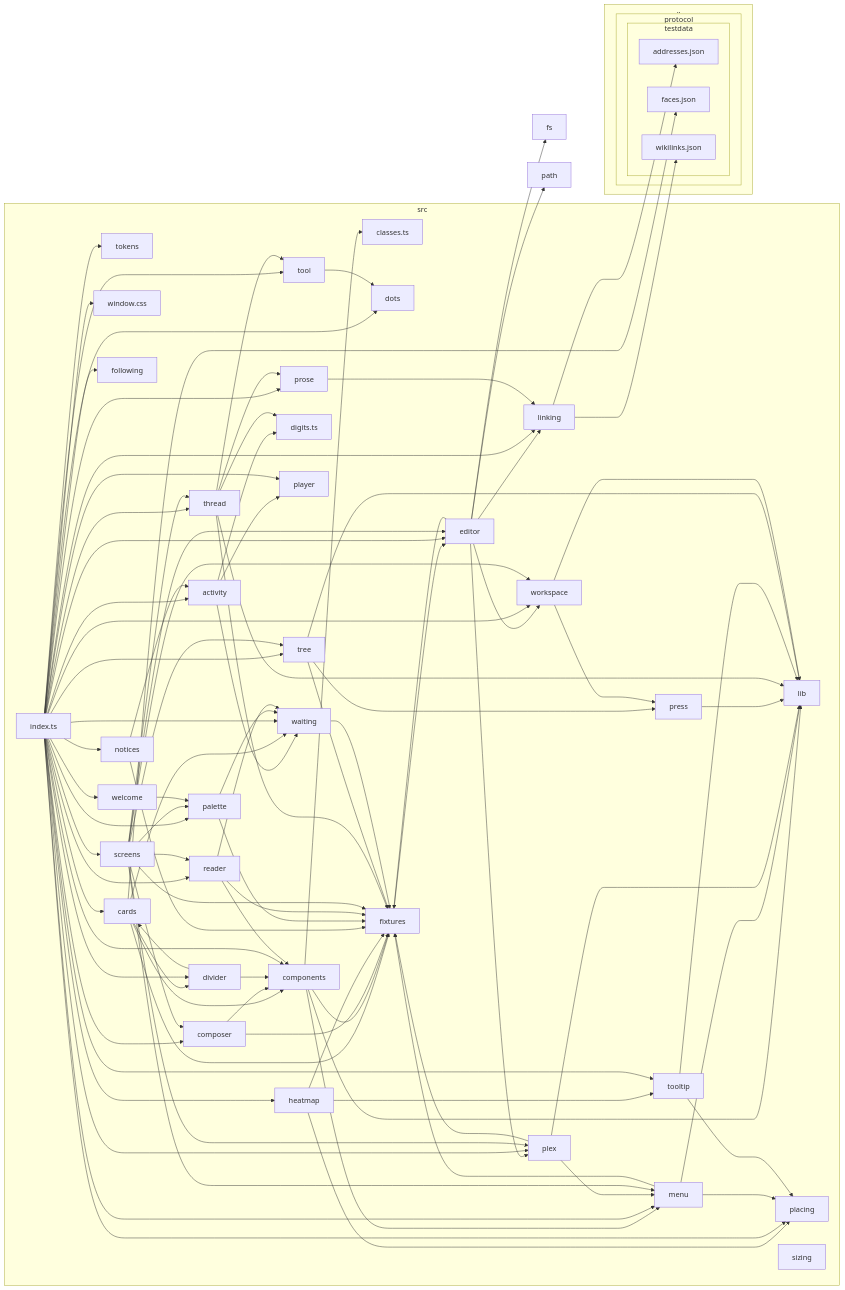
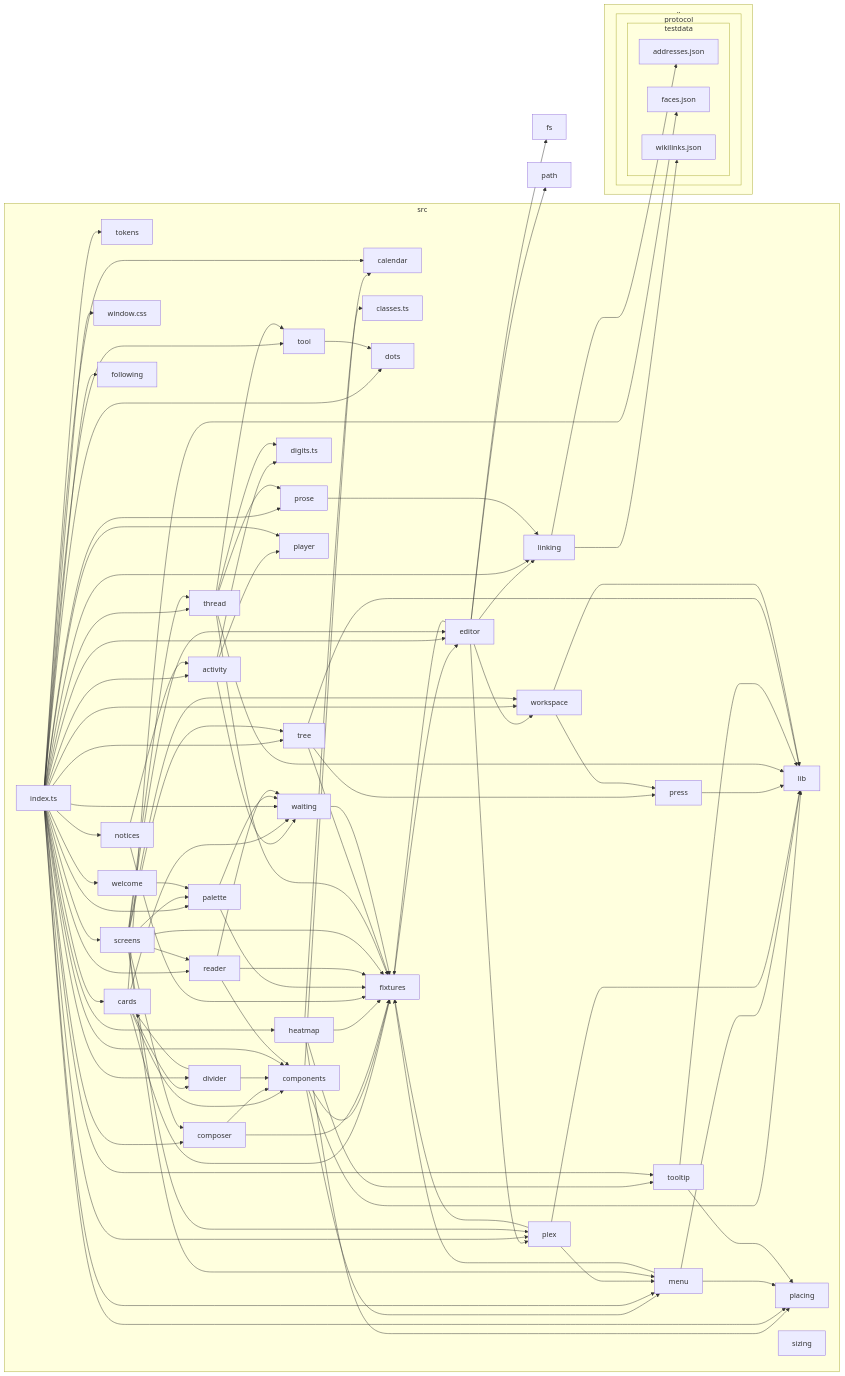
One commit to jiva-studio/numen changed the first of 4 diagrams in docs/dependencies.md. Above: the diagram before and after it, drawn with Mermaid. The commit also changed other lines of this file, not shown here.

First line of the commit message:
docs(repo): redraw the dependency graph over the night's moves

````diff
--- a/docs/dependencies.md
+++ b/docs/dependencies.md
@@ -24,135 +24,138 @@
 7["path"]
 subgraph 8["src"]
 9["activity"]
-A["cards"]
-B["classes.ts"]
-C["components"]
-D["composer"]
-E["digits.ts"]
-F["divider"]
-G["dots"]
-H["editor"]
-I["fixtures"]
-J["following"]
-K["heatmap"]
-L["index.ts"]
-M["lib"]
-N["linking"]
-O["menu"]
-P["notices"]
-Q["palette"]
-R["placing"]
-S["player"]
-T["plex"]
-U["press"]
-V["prose"]
-W["reader"]
-X["screens"]
-Y["sizing"]
-Z["thread"]
-10["tokens"]
-11["tool"]
-12["tooltip"]
-13["tree"]
-14["waiting"]
-15["welcome"]
-16["window.css"]
-17["workspace"]
+A["calendar"]
+B["cards"]
+C["classes.ts"]
+D["components"]
+E["composer"]
+F["digits.ts"]
+G["divider"]
+H["dots"]
+I["editor"]
+J["fixtures"]
+K["following"]
+L["heatmap"]
+M["index.ts"]
+N["lib"]
+O["linking"]
+P["menu"]
+Q["notices"]
+R["palette"]
+S["placing"]
+T["player"]
+U["plex"]
+V["press"]
+W["prose"]
+X["reader"]
+Y["screens"]
+Z["sizing"]
+10["thread"]
+11["tokens"]
+12["tool"]
+13["tooltip"]
+14["tree"]
+15["waiting"]
+16["welcome"]
+17["window.css"]
+18["workspace"]
 end
-9-->14
-9-->E
-9-->S
-A-->F
-A-->C
-A-->I
-A-->14
-A-->4
-C-->B
-C-->I
-C-->M
-C-->O
-D-->I
+9-->15
+9-->F
+9-->T
+B-->G
+B-->D
+B-->J
+B-->15
+B-->4
 D-->C
-F-->A
-F-->C
-H-->I
-H-->17
-H-->T
-H-->N
-H-->6
-H-->7
-I-->H
-K-->I
-K-->R
-K-->12
-L-->9
+D-->J
+D-->N
+D-->P
+E-->J
+E-->D
+G-->B
+G-->D
+I-->J
+I-->18
+I-->U
+I-->O
+I-->6
+I-->7
+J-->I
 L-->A
-L-->C
-L-->D
-L-->F
-L-->G
-L-->H
 L-->J
-L-->K
-L-->N
-L-->O
-L-->P
-L-->Q
-L-->R
 L-->S
-L-->T
-L-->V
-L-->W
-L-->X
-L-->Z
-L-->10
-L-->11
-L-->12
 L-->13
-L-->14
-L-->15
-L-->16
-L-->17
-N-->3
-N-->5
-O-->R
-O-->M
-O-->I
-P-->9
-P-->I
-Q-->14
-Q-->I
-T-->M
-T-->O
-T-->I
-U-->M
+M-->9
+M-->A
+M-->B
+M-->D
+M-->E
+M-->G
+M-->H
+M-->I
+M-->K
+M-->L
+M-->O
+M-->P
+M-->Q
+M-->R
+M-->S
+M-->T
+M-->U
+M-->W
+M-->X
+M-->Y
+M-->10
+M-->11
+M-->12
+M-->13
+M-->14
+M-->15
+M-->16
+M-->17
+M-->18
+O-->3
+O-->5
+P-->S
+P-->N
+P-->J
+Q-->9
+Q-->J
+R-->15
+R-->J
+U-->N
+U-->P
+U-->J
 V-->N
-W-->C
-W-->14
-W-->I
+W-->O
 X-->D
-X-->Z
-X-->I
-X-->T
-X-->17
-X-->H
-X-->O
-X-->Q
-X-->W
-X-->13
-Z-->V
-Z-->11
-Z-->E
-Z-->M
-Z-->I
-11-->G
-12-->M
-12-->R
-13-->M
-13-->U
-13-->I
-14-->I
-15-->Q
-17-->M
-17-->U
+X-->15
+X-->J
+Y-->E
+Y-->10
+Y-->J
+Y-->U
+Y-->18
+Y-->I
+Y-->P
+Y-->R
+Y-->X
+Y-->14
+10-->W
+10-->12
+10-->F
+10-->N
+10-->J
+12-->H
+13-->N
+13-->S
+14-->N
+14-->V
+14-->J
+15-->J
+16-->R
+18-->N
+18-->V
 ```
````
